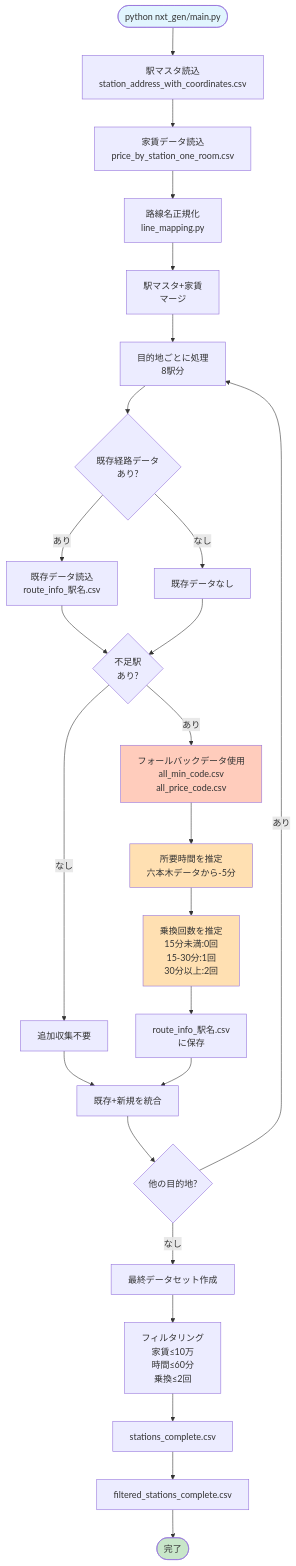
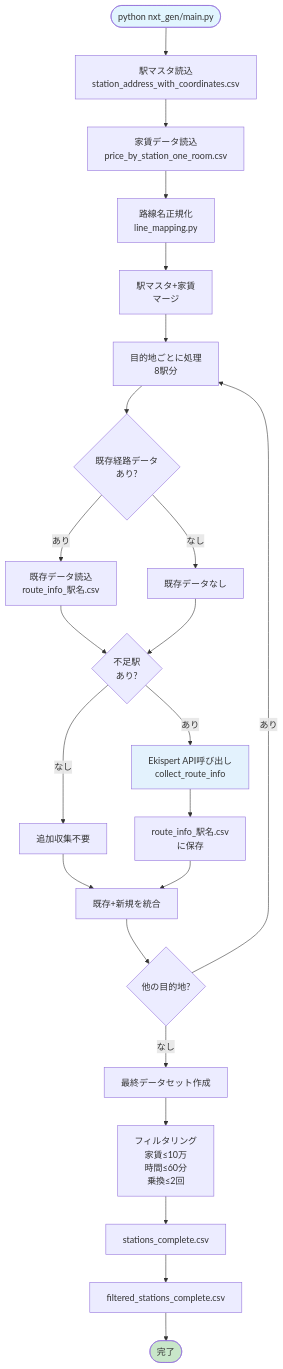
The third of 5 diagrams in PROJECT_OVERVIEW.md (masa350z/stationscraper), drawn with Mermaid before and after one commit. The commit also changed other lines of this file and 23 other files, not shown here.

````diff
--- a/PROJECT_OVERVIEW.md
+++ b/PROJECT_OVERVIEW.md
@@ -294,43 +278,38 @@
 ```mermaid
 flowchart TD
     START([python nxt_gen/main.py]) --> LOAD1[駅マスタ読込<br/>station_address_with_coordinates.csv]
     LOAD1 --> LOAD2[家賃データ読込<br/>price_by_station_one_room.csv]
 
     LOAD2 --> NORM[路線名正規化<br/>line_mapping.py]
     NORM --> MERGE[駅マスタ+家賃<br/>マージ]
 
     MERGE --> LOOP_START[目的地ごとに処理<br/>8駅分]
 
     LOOP_START --> CHECK_EXIST{既存経路データ<br/>あり?}
     CHECK_EXIST -->|あり| LOAD_EXIST["既存データ読込<br/>route_info_駅名.csv"]
     CHECK_EXIST -->|なし| NO_EXIST[既存データなし]
 
     LOAD_EXIST --> CHECK_MISSING{不足駅<br/>あり?}
     NO_EXIST --> CHECK_MISSING
 
-    CHECK_MISSING -->|あり| FALLBACK[フォールバックデータ使用<br/>all_min_code.csv<br/>all_price_code.csv]
+    CHECK_MISSING -->|あり| API_COLLECT[Ekispert API呼び出し<br/>collect_route_info]
     CHECK_MISSING -->|なし| SKIP_API[追加収集不要]
 
-    FALLBACK --> ESTIMATE[所要時間を推定<br/>六本木データから-5分]
-    ESTIMATE --> ESTIMATE_TRANS[乗換回数を推定<br/>15分未満:0回<br/>15-30分:1回<br/>30分以上:2回]
-
-    ESTIMATE_TRANS --> SAVE_ROUTE["route_info_駅名.csv<br/>に保存"]
+    API_COLLECT --> SAVE_ROUTE["route_info_駅名.csv<br/>に保存"]
     SKIP_API --> COMBINE
     SAVE_ROUTE --> COMBINE[既存+新規を統合]
 
     COMBINE --> CHECK_MORE{他の目的地?}
     CHECK_MORE -->|あり| LOOP_START
     CHECK_MORE -->|なし| PREPARE[最終データセット作成]
 
     PREPARE --> FILTER[フィルタリング<br/>家賃≤10万<br/>時間≤60分<br/>乗換≤2回]
 
     FILTER --> SAVE1[stations_complete.csv]
     SAVE1 --> SAVE2[filtered_stations_complete.csv]
     SAVE2 --> END([完了])
 
     style START fill:#e1f5fe
-    style FALLBACK fill:#ffccbc
-    style ESTIMATE fill:#ffe0b2
-    style ESTIMATE_TRANS fill:#ffe0b2
+    style API_COLLECT fill:#e3f2fd
     style END fill:#c8e6c9
 ```
````
